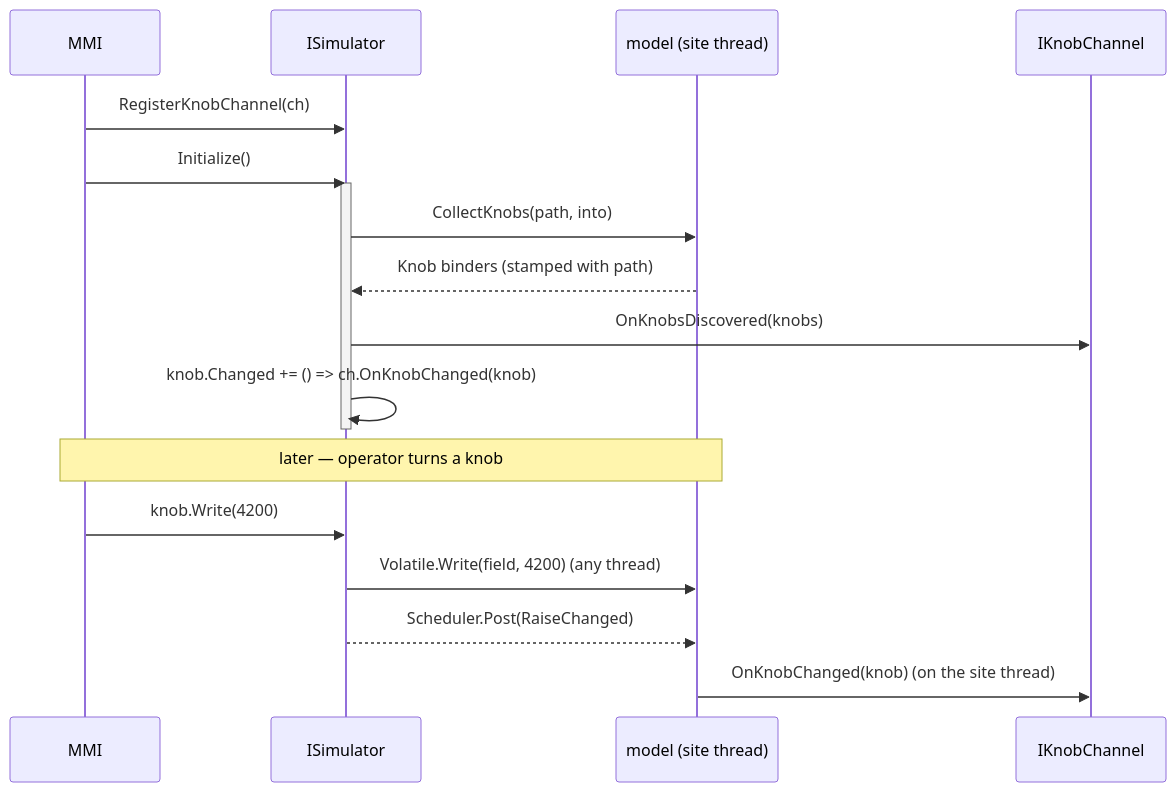
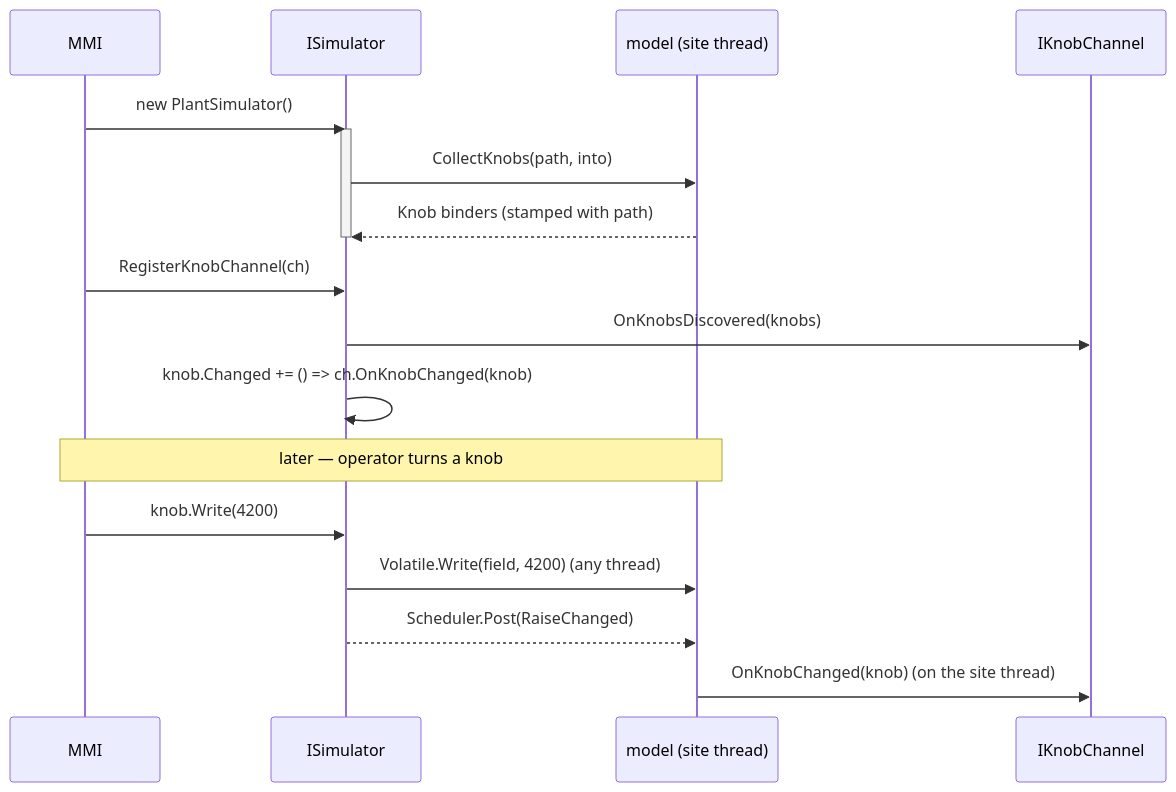
One commit to SimulaSharp-org/simulasharp-docs changed the second of 4 diagrams in public/content/observability.md. Above: the diagram before and after it, drawn with Mermaid. The commit also changed other lines of this file and 28 other files, not shown here.

````diff
--- a/public/content/observability.md
+++ b/public/content/observability.md
@@ -203,22 +199,22 @@
 ```mermaid
 sequenceDiagram
   participant Host as MMI
   participant Sim as ISimulator
   participant Model as model (site thread)
   participant Ch as IKnobChannel
 
-  Host->>Sim: RegisterKnobChannel(ch)
-  Host->>Sim: Initialize()
+  Host->>Sim: new PlantSimulator()
   activate Sim
   Sim->>Model: CollectKnobs(path, into)
   Model-->>Sim: Knob binders (stamped with path)
+  deactivate Sim
+  Host->>Sim: RegisterKnobChannel(ch)
   Sim->>Ch: OnKnobsDiscovered(knobs)
   Sim->>Sim: knob.Changed += () => ch.OnKnobChanged(knob)
-  deactivate Sim
 
   Note over Host,Model: later — operator turns a knob
   Host->>Sim: knob.Write(4200)
   Sim->>Model: Volatile.Write(field, 4200) (any thread)
   Sim-->>Model: Scheduler.Post(RaiseChanged)
   Model->>Ch: OnKnobChanged(knob)  (on the site thread)
 ```
````
